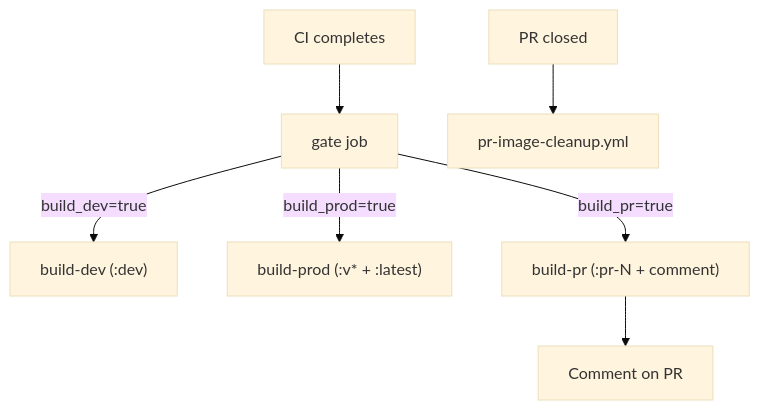
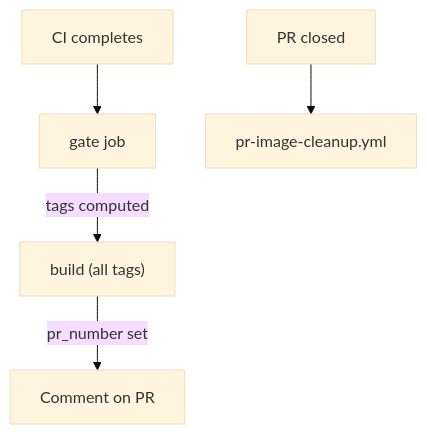
One commit to lipkau/mealie_translate changed the diagram in docs/DOCKER_IMAGE_STRATEGY.md. Above: the diagram before and after it, drawn with Mermaid (base theme). The commit also changed other lines of this file and 14 other files, not shown here.

First line of the commit message:
refactor(docker): unify dev and prod into a single image (#54)

````diff
--- a/docs/DOCKER_IMAGE_STRATEGY.md
+++ b/docs/DOCKER_IMAGE_STRATEGY.md
@@ -38,9 +44,7 @@
 ```mermaid
 flowchart TD
   CI[CI completes] --> gate[gate job]
-  gate -->|"build_dev=true"| buildDev["build-dev (:dev)"]
-  gate -->|"build_prod=true"| buildProd["build-prod (:v* + :latest)"]
-  gate -->|"build_pr=true"| buildPr["build-pr (:pr-N + comment)"]
-  buildPr --> comment["Comment on PR"]
+  gate -->|"tags computed"| build["build (all tags)"]
+  build -->|"pr_number set"| comment["Comment on PR"]
   prClose["PR closed"] --> cleanup["pr-image-cleanup.yml"]
 ```
````
